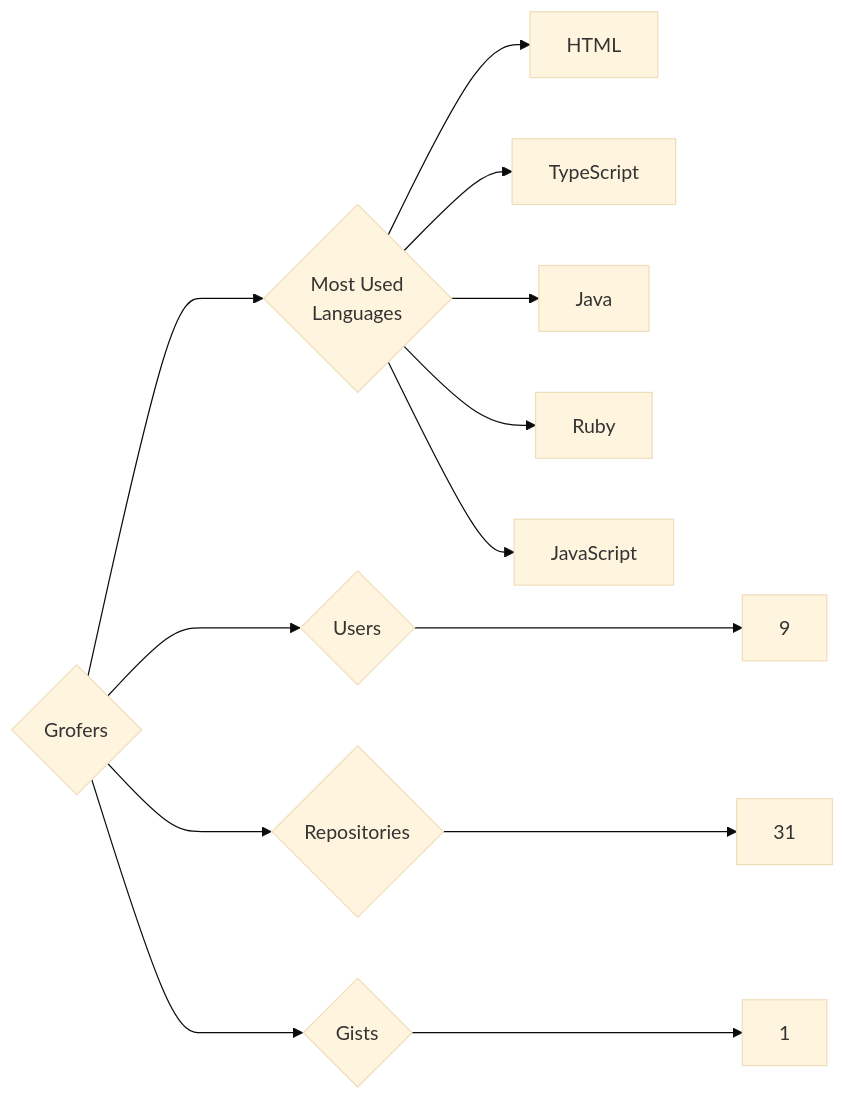
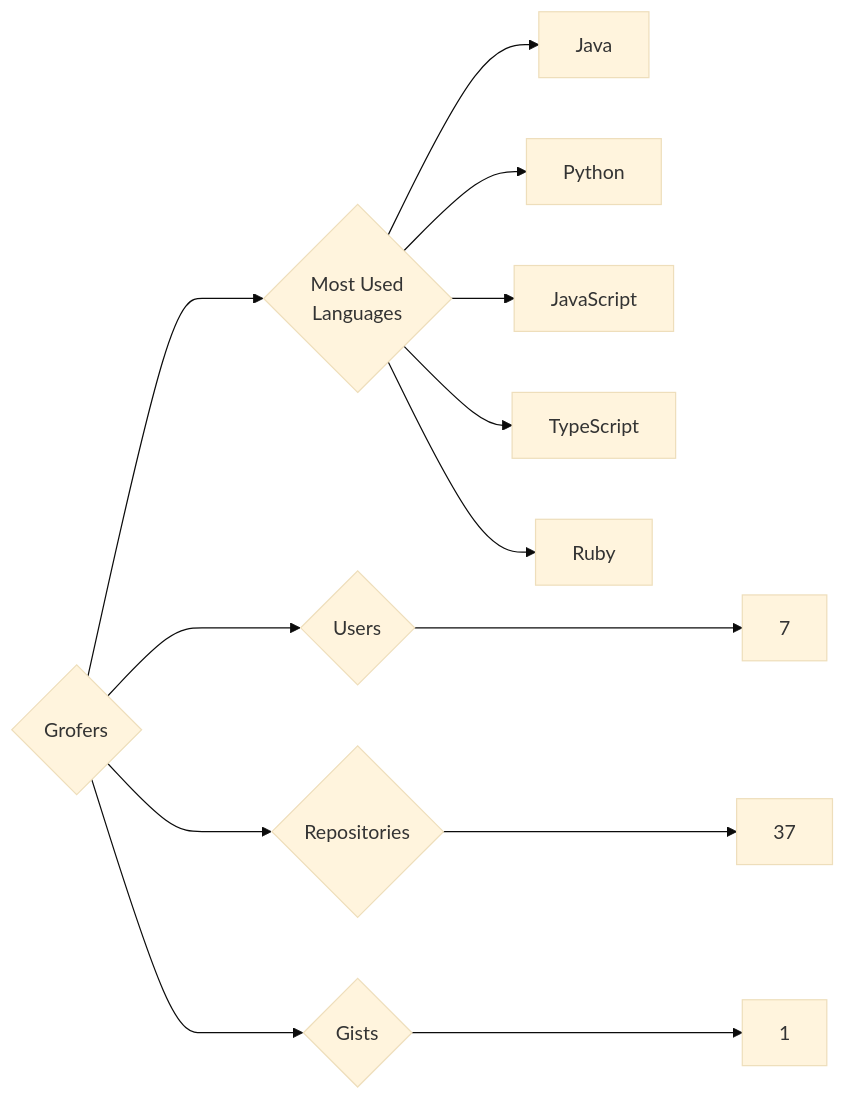
Before and after one commit to trickest/insiders: the diagram in targets/Grofers/README.md, drawn with Mermaid (base theme). The commit also changed 880 other files, not shown here.

````diff
--- a/targets/Grofers/README.md
+++ b/targets/Grofers/README.md
@@ -3,13 +3,13 @@
 ```mermaid
 graph LR
 COMPANY_NAME{Grofers}
-COMPANY_NAME ---> U{Users} ---> UN[9]
-COMPANY_NAME ---> R{Repositories} ---> RN[31]
+COMPANY_NAME ---> U{Users} ---> UN[7]
+COMPANY_NAME ---> R{Repositories} ---> RN[37]
 COMPANY_NAME ---> G{Gists} ---> GN[1]
 COMPANY_NAME ---> ML{Most Used<br>Languages}
-ML --> HTML[HTML]
+ML --> Java[Java]
+ML --> Python[Python]
+ML --> JavaScript[JavaScript]
 ML --> TypeScript[TypeScript]
-ML --> Java[Java]
 ML --> Ruby[Ruby]
-ML --> JavaScript[JavaScript]
 ```
````
